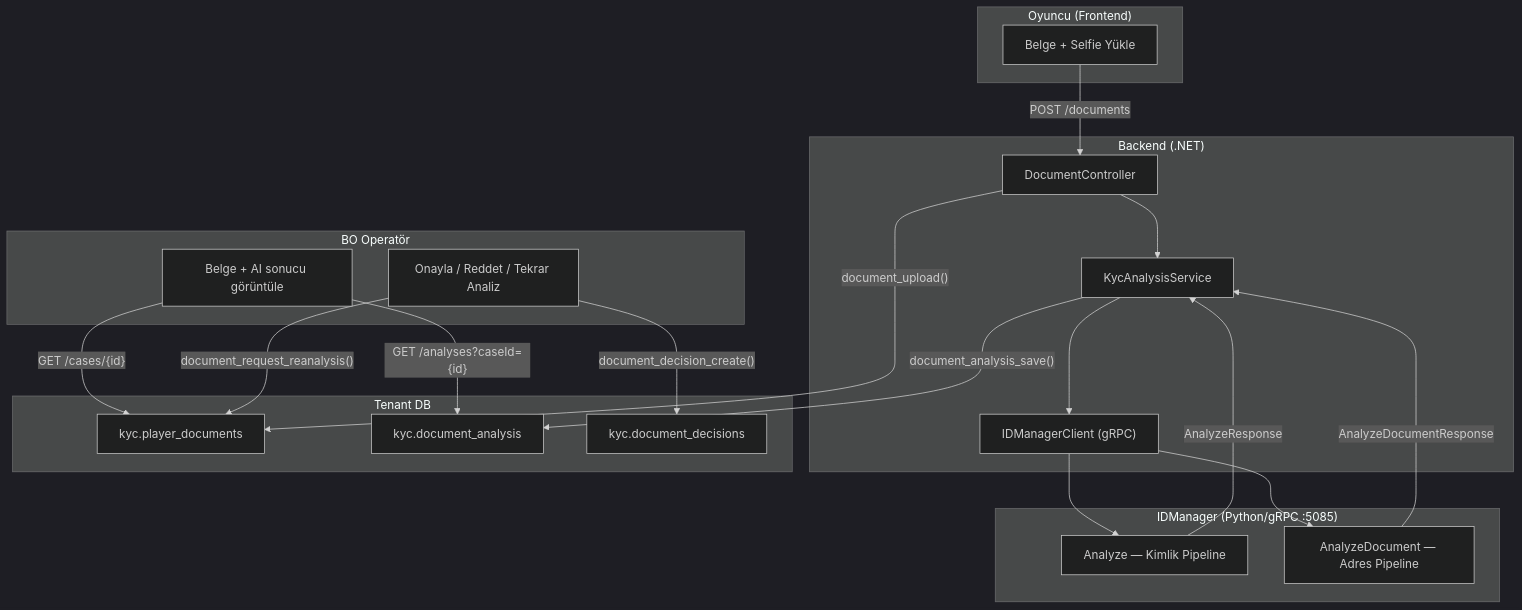
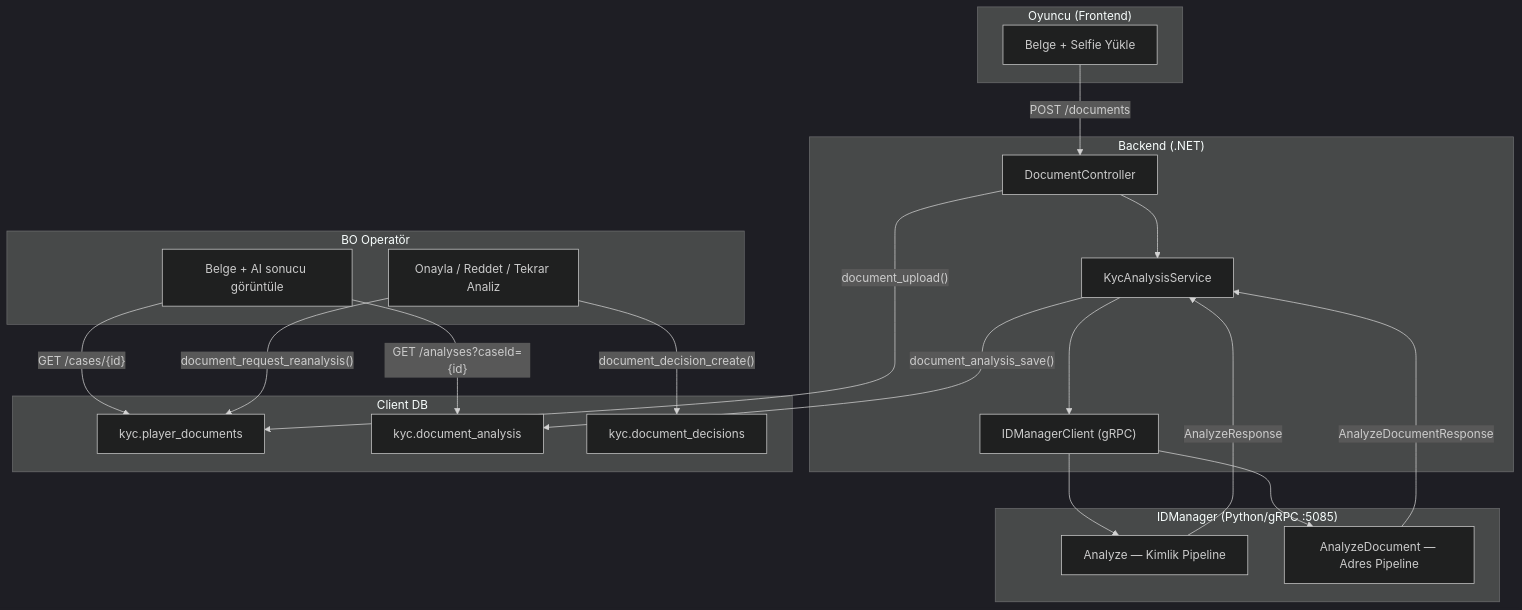
Before and after one commit to frhtshn/One.DB: the first of 4 diagrams in .docs/guides/IDMANAGER_INTEGRATION_GUIDE.md, drawn with Mermaid (dark theme). The commit also changed other lines of this file and 442 other files, not shown here.

First line of the commit message:
Nucleo → Sortis One ve tenant → client içerik güncellemeleri

````diff
--- a/.docs/guides/IDMANAGER_INTEGRATION_GUIDE.md
+++ b/.docs/guides/IDMANAGER_INTEGRATION_GUIDE.md
@@ -14,42 +14,42 @@
 ```mermaid
 flowchart TD
     subgraph player["Oyuncu (Frontend)"]
         P1["Belge + Selfie Yükle"]
     end
 
     subgraph backend["Backend (.NET)"]
         B1["DocumentController"]
         B2["KycAnalysisService"]
         B3["IDManagerClient (gRPC)"]
     end
 
     subgraph idm["IDManager (Python/gRPC :5085)"]
         I1["Analyze — Kimlik Pipeline"]
         I2["AnalyzeDocument — Adres Pipeline"]
     end
 
-    subgraph tenant_db["Tenant DB"]
+    subgraph client_db["Client DB"]
         T1["kyc.player_documents"]
         T2["kyc.document_analysis"]
         T3["kyc.document_decisions"]
     end
 
     subgraph bo["BO Operatör"]
         O1["Belge + AI sonucu görüntüle"]
         O2["Onayla / Reddet / Tekrar Analiz"]
     end
 
     P1 -- "POST /documents" --> B1
     B1 -- "document_upload()" --> T1
     B1 --> B2
     B2 --> B3
     B3 --> I1
     B3 --> I2
     I1 -- "AnalyzeResponse" --> B2
     I2 -- "AnalyzeDocumentResponse" --> B2
     B2 -- "document_analysis_save()" --> T2
     O1 -- "GET /cases/{id}" --> T1
     O1 -- "GET /analyses?caseId={id}" --> T2
     O2 -- "document_decision_create()" --> T3
     O2 -- "document_request_reanalysis()" --> T1
 ```
````
